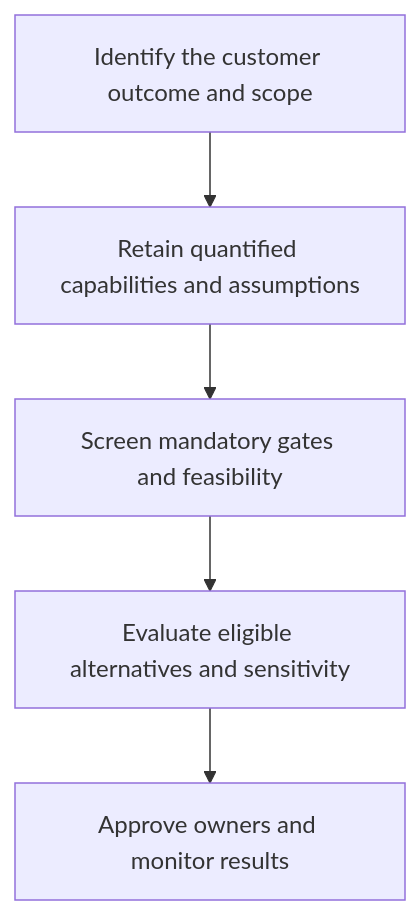
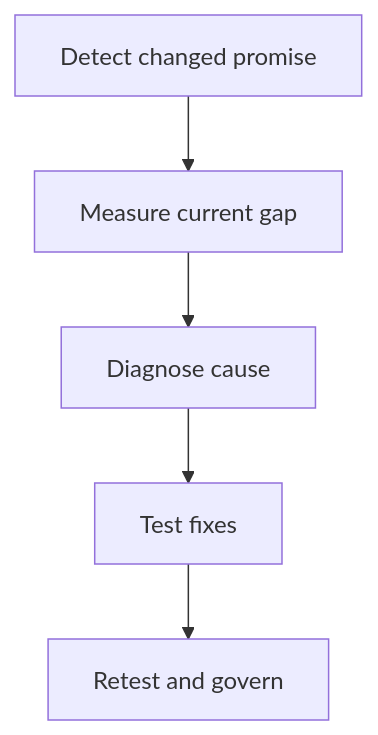
Before and after one commit to theleanx/SupplyChain-Design-Notes: the diagram in 08-optimization-sustainability-technology/section-a-optimizing-supply-chain-strategy-and-tactics/09-strategy-fit-gap-detection-and-redesign-governance.md, drawn with Mermaid. The commit also changed other lines of this file and 7 other files, not shown here.

````diff
--- a/08-optimization-sustainability-technology/section-a-optimizing-supply-chain-strategy-and-tactics/09-strategy-fit-gap-detection-and-redesign-governance.md
+++ b/08-optimization-sustainability-technology/section-a-optimizing-supply-chain-strategy-and-tactics/09-strategy-fit-gap-detection-and-redesign-governance.md
@@ -38,12 +38,12 @@
 ```mermaid
 flowchart TD
-    A[Identify the customer outcome and scope]
-    B[Retain quantified capabilities and assumptions]
-    C[Screen mandatory gates and feasibility]
-    D[Evaluate eligible alternatives and sensitivity]
-    E[Approve owners and monitor results]
+    A[Detect changed promise]
+    B[Measure current gap]
+    C[Diagnose cause]
+    D[Test fixes]
+    E[Retest and govern]
     A --> B
     B --> C
     C --> D
     D --> E
 ```
````
